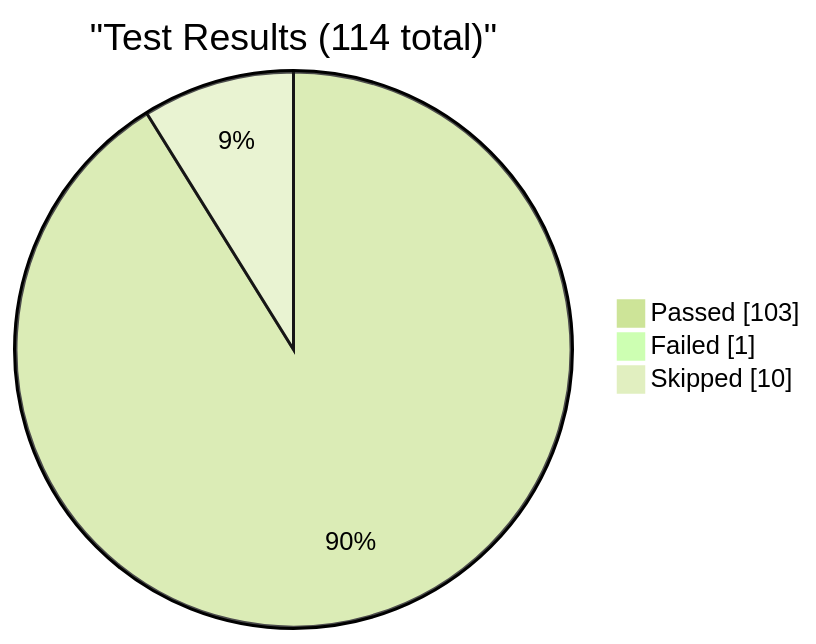
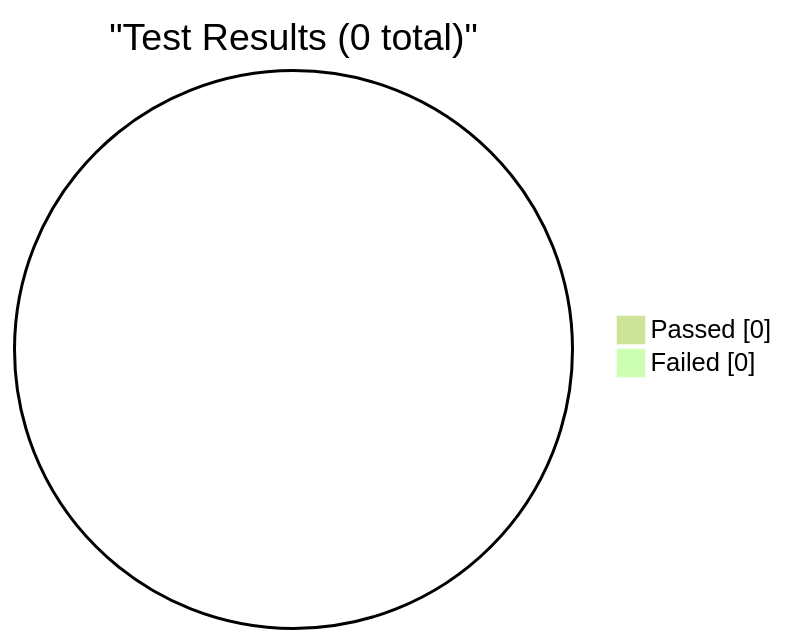
The first of 3 diagrams in reports/dashboard.md (EliteaAI/onetest-ai-tm-Elitea), drawn with Mermaid (forest theme) before and after one commit. The commit also changed other lines of this file, not shown here.

Commit message:
dashboard: update test metrics

````diff
--- a/reports/dashboard.md
+++ b/reports/dashboard.md
@@ -9,7 +9,6 @@
 ```mermaid
 pie showData
-    title "Test Results (114 total)"
-    "Passed" : 103
-    "Failed" : 1
-    "Skipped" : 10
+    title "Test Results (0 total)"
+    "Passed" : 0
+    "Failed" : 0
 ```
````
